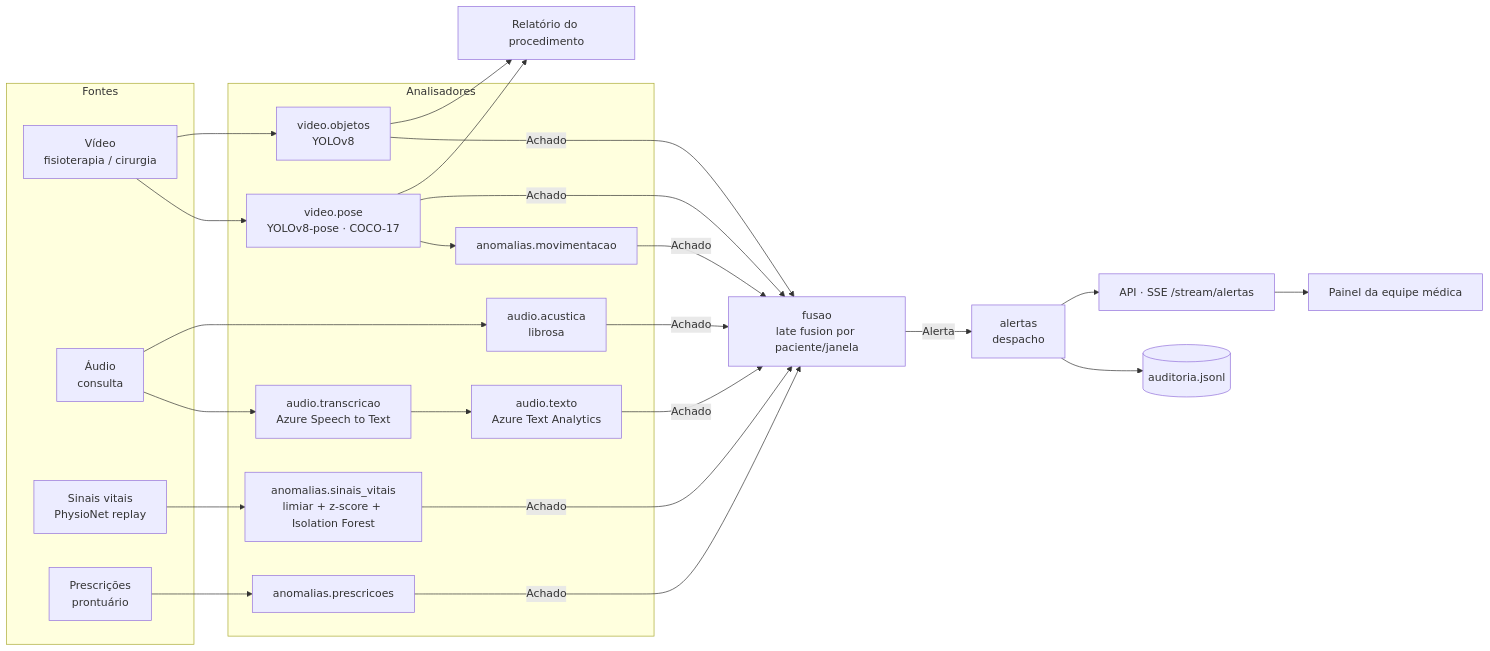
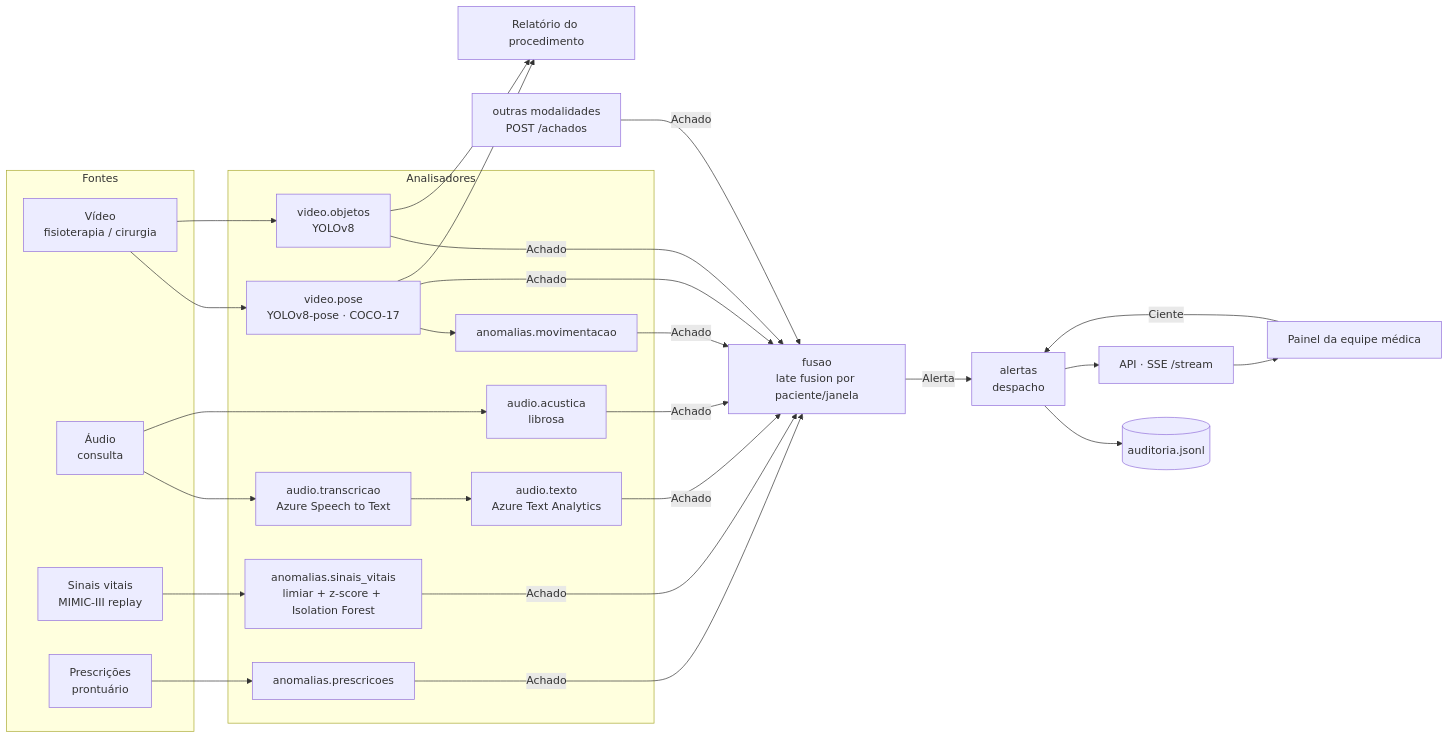
Before and after one commit to otaviano/fiap-tech-challenge-fase4: the diagram in docs/arquitetura.md, drawn with Mermaid. The commit also changed other lines of this file and 14 other files, not shown here.

````diff
--- a/docs/arquitetura.md
+++ b/docs/arquitetura.md
@@ -3,34 +3,36 @@
 ```mermaid
 flowchart LR
     subgraph Fontes
         V[Vídeo<br/>fisioterapia / cirurgia]
         A[Áudio<br/>consulta]
-        S[Sinais vitais<br/>PhysioNet replay]
+        S[Sinais vitais<br/>MIMIC-III replay]
         P[Prescrições<br/>prontuário]
     end
 
     subgraph Analisadores
         VP[video.pose<br/>YOLOv8-pose · COCO-17]
         VO[video.objetos<br/>YOLOv8]
         AT[audio.transcricao<br/>Azure Speech to Text]
         AX[audio.texto<br/>Azure Text Analytics]
         AC[audio.acustica<br/>librosa]
         SV[anomalias.sinais_vitais<br/>limiar + z-score + Isolation Forest]
         PR[anomalias.prescricoes]
         MV[anomalias.movimentacao]
     end
 
     V --> VP & VO
     VP --> MV
     A --> AT --> AX
     A --> AC
     S --> SV
     P --> PR
 
     VP & VO & AX & AC & SV & PR & MV -->|Achado| F[fusao<br/>late fusion por paciente/janela]
     F -->|Alerta| D[alertas<br/>despacho]
     D --> AU[(auditoria.jsonl)]
-    D --> SSE[API · SSE /stream/alertas]
+    D --> SSE[API · SSE /stream]
     SSE --> EQ[Painel da equipe médica]
+    EQ -->|Ciente| D
+    EXT[outras modalidades<br/>POST /achados] -->|Achado| F
     VP & VO --> RV[Relatório do procedimento]
 ```
````
